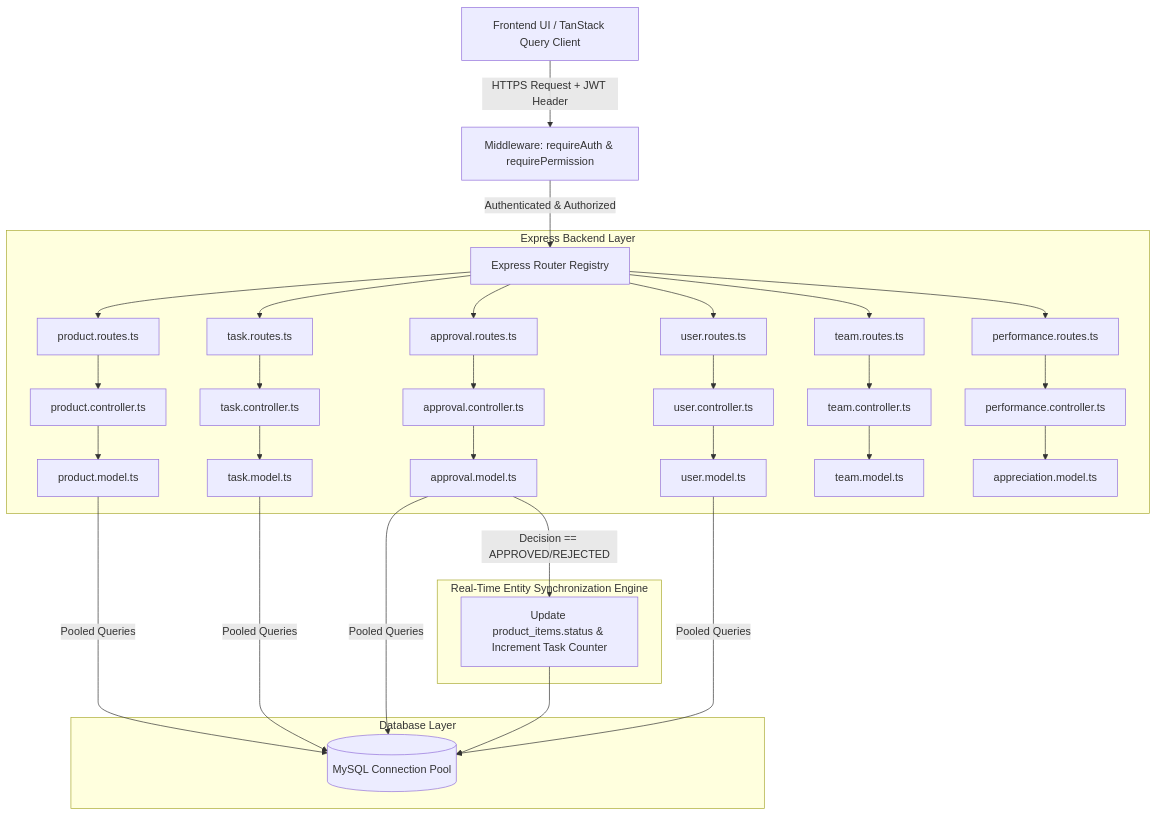
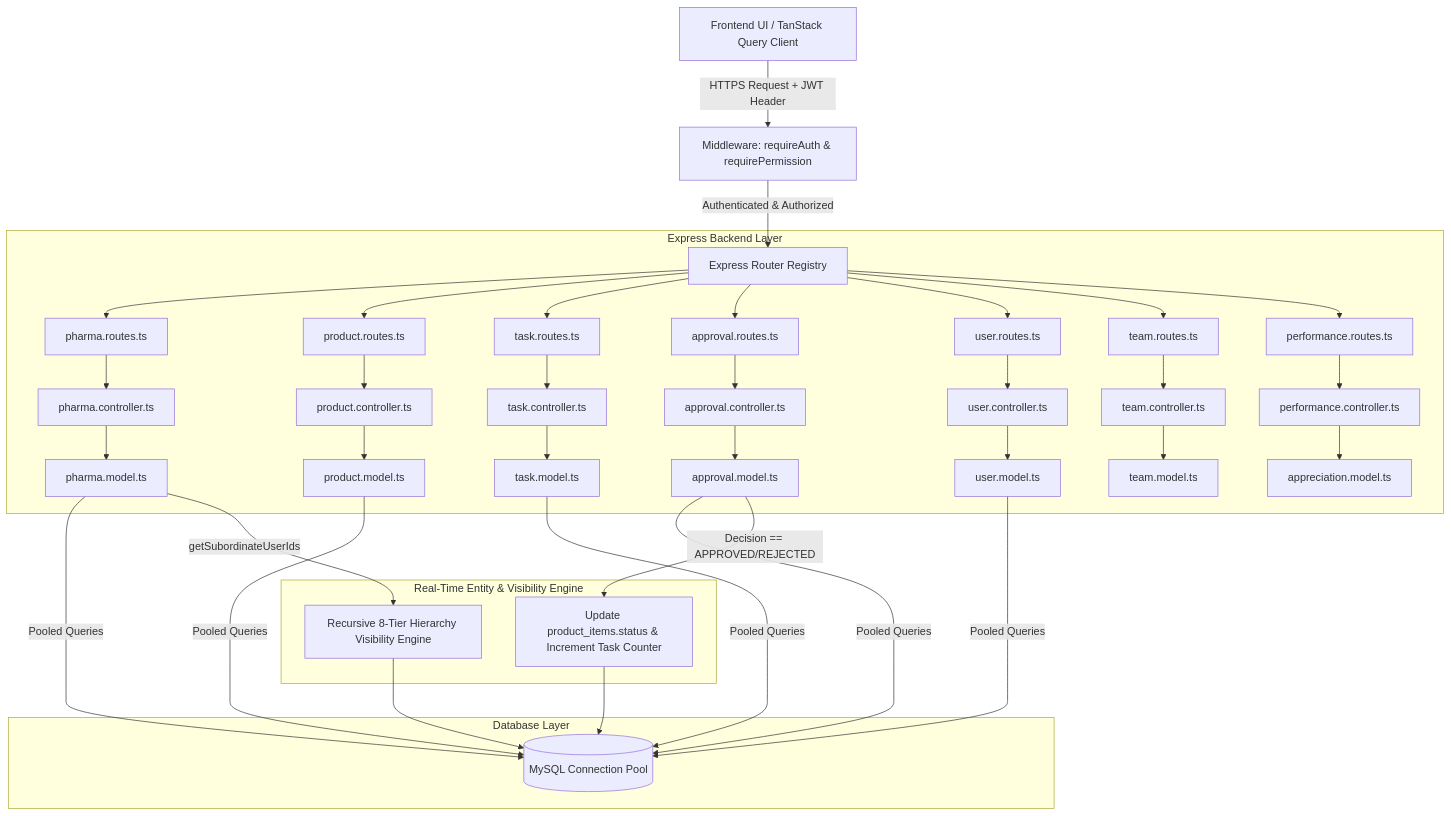
One commit to Mr-Sohel-Islam/bmsmomentum-1df74f9a changed the diagram in BACKEND_ARCHITECTURE.md. Above: the diagram before and after it, drawn with Mermaid. The commit also changed other lines of this file and 4 other files, not shown here.

Commit message:
docs: update AGENTS.md, ARCHITECTURE.md, BACKEND_ARCHITECTURE.md, RBAC.md, and REPORT.md with recent 8-tier Pyramid & Pharma operational changes

````diff
--- a/BACKEND_ARCHITECTURE.md
+++ b/BACKEND_ARCHITECTURE.md
@@ -9,37 +9,41 @@
 ```mermaid
 flowchart TD
     Client[Frontend UI / TanStack Query Client] -->|HTTPS Request + JWT Header| AuthMW[Middleware: requireAuth & requirePermission]
     AuthMW -->|Authenticated & Authorized| Router[Express Router Registry]
     
     subgraph Express Backend Layer
+        Router --> PharmaRouter[pharma.routes.ts]
         Router --> ProdRouter[product.routes.ts]
         Router --> TaskRouter[task.routes.ts]
         Router --> ApprRouter[approval.routes.ts]
         Router --> UserRouter[user.routes.ts]
         Router --> TeamRouter[team.routes.ts]
         Router --> PerfRouter[performance.routes.ts]
 
+        PharmaRouter --> PharmaCtrl[pharma.controller.ts]
         ProdRouter --> ProdCtrl[product.controller.ts]
         TaskRouter --> TaskCtrl[task.controller.ts]
         ApprRouter --> ApprCtrl[approval.controller.ts]
         UserRouter --> UserCtrl[user.controller.ts]
         TeamRouter --> TeamCtrl[team.controller.ts]
         PerfRouter --> PerfCtrl[performance.controller.ts]
 
+        PharmaCtrl --> PharmaModel[pharma.model.ts]
         ProdCtrl --> ProdModel[product.model.ts]
         ApprCtrl --> ApprModel[approval.model.ts]
         TaskCtrl --> TaskModel[task.model.ts]
         UserCtrl --> UserModel[user.model.ts]
         TeamCtrl --> TeamModel[team.model.ts]
         PerfCtrl --> PerfModel[appreciation.model.ts]
     end
 
     subgraph Database Layer
-        ProdModel & ApprModel & TaskModel & UserModel -->|Pooled Queries| MySQL[(MySQL Connection Pool)]
+        PharmaModel & ProdModel & ApprModel & TaskModel & UserModel -->|Pooled Queries| MySQL[(MySQL Connection Pool)]
     end
 
-    subgraph Real-Time Entity Synchronization Engine
+    subgraph Real-Time Entity & Visibility Engine
+        PharmaModel -->|getSubordinateUserIds| PyramidSync[Recursive 8-Tier Hierarchy Visibility Engine]
         ApprModel -->|Decision == APPROVED/REJECTED| EntitySync[Update product_items.status & Increment Task Counter]
-        EntitySync --> MySQL
+        PyramidSync & EntitySync --> MySQL
     end
 ```
````
